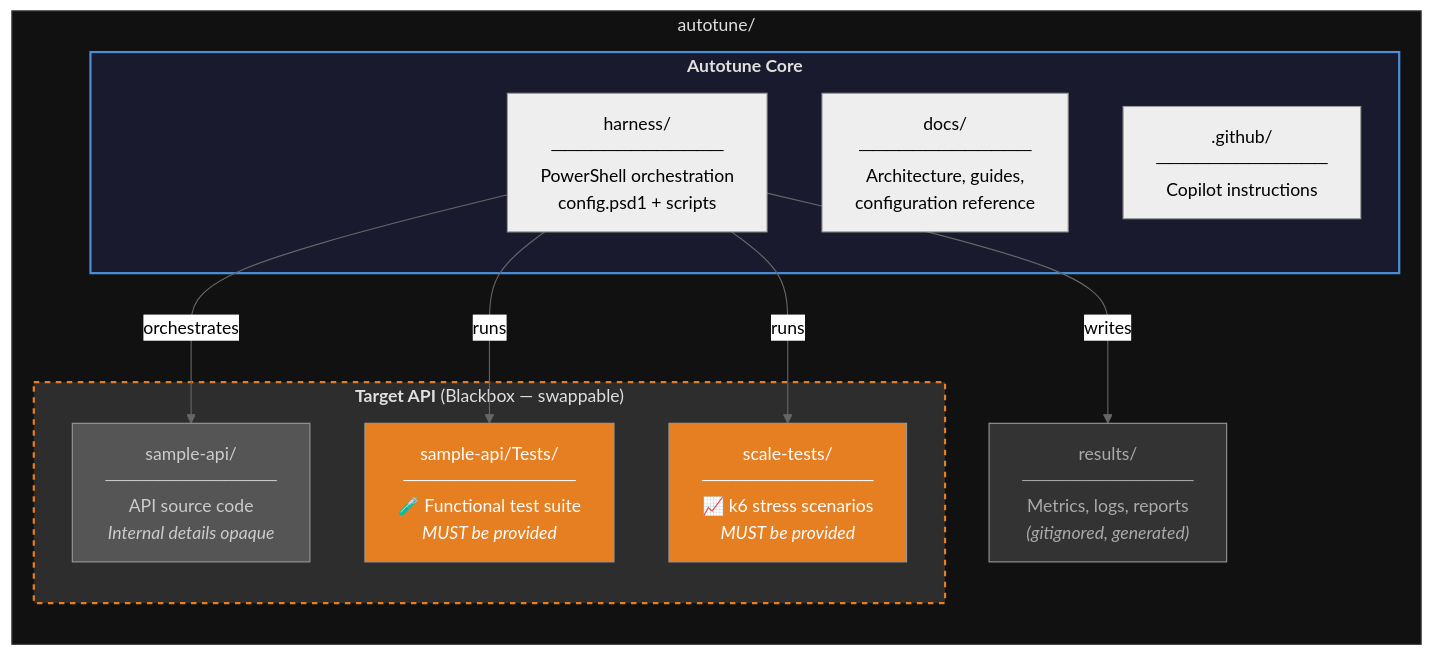
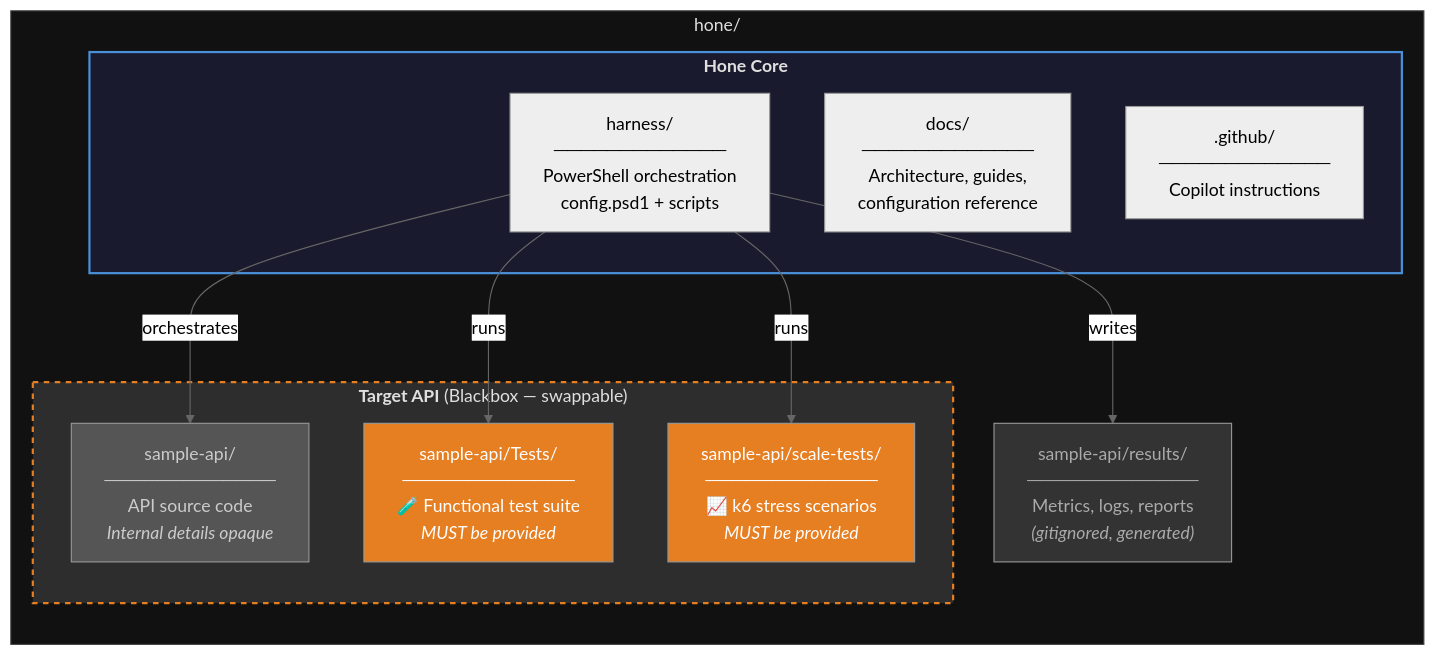
The sixth of 6 diagrams in README.md (J-Bax/Hone), drawn with Mermaid (neutral theme) before and after one commit. The commit also changed other lines of this file and 37 other files, not shown here.

First line of the commit message:
Move scale-tests and results into sample-api sub-repo

````diff
--- a/README.md
+++ b/README.md
@@ -317,33 +317,33 @@
 ```mermaid
 graph TD
-    subgraph REPO["autotune/"]
+    subgraph REPO["hone/"]
         direction TB
 
-        subgraph CORE["<b>Autotune Core</b>"]
+        subgraph CORE["<b>Hone Core</b>"]
             HARNESS["harness/<br/>─────────────<br/>PowerShell orchestration<br/>config.psd1 + scripts"]
             DOCS["docs/<br/>─────────────<br/>Architecture, guides,<br/>configuration reference"]
             GITHUB[".github/<br/>─────────────<br/>Copilot instructions"]
         end
 
         subgraph TARGET_AREA["<b>Target API</b> (Blackbox — swappable)"]
             API["sample-api/<br/>─────────────<br/>API source code<br/><i>Internal details opaque</i>"]
             TESTS["sample-api/Tests/<br/>─────────────<br/>🧪 Functional test suite<br/><i>MUST be provided</i>"]
-            STESTS["scale-tests/<br/>─────────────<br/>📈 k6 stress scenarios<br/><i>MUST be provided</i>"]
+            STESTS["sample-api/scale-tests/<br/>─────────────<br/>📈 k6 stress scenarios<br/><i>MUST be provided</i>"]
         end
 
-        RESULTS["results/<br/>─────────────<br/>Metrics, logs, reports<br/><i>(gitignored, generated)</i>"]
+        RESULTS["sample-api/results/<br/>─────────────<br/>Metrics, logs, reports<br/><i>(gitignored, generated)</i>"]
     end
 
     HARNESS -- "orchestrates" --> API
     HARNESS -- "runs" --> TESTS
     HARNESS -- "runs" --> STESTS
     HARNESS -- "writes" --> RESULTS
 
     style CORE fill:#1a1a2e,color:#e0e0e0,stroke:#4a90d9,stroke-width:2px
     style TARGET_AREA fill:#2d2d2d,color:#e0e0e0,stroke:#e67e22,stroke-width:2px,stroke-dasharray: 5 5
     style TESTS fill:#e67e22,color:#fff
     style STESTS fill:#e67e22,color:#fff
     style API fill:#555,color:#ccc
     style RESULTS fill:#333,color:#aaa
     style REPO fill:#111,color:#e0e0e0,stroke:#444
 ```
````
